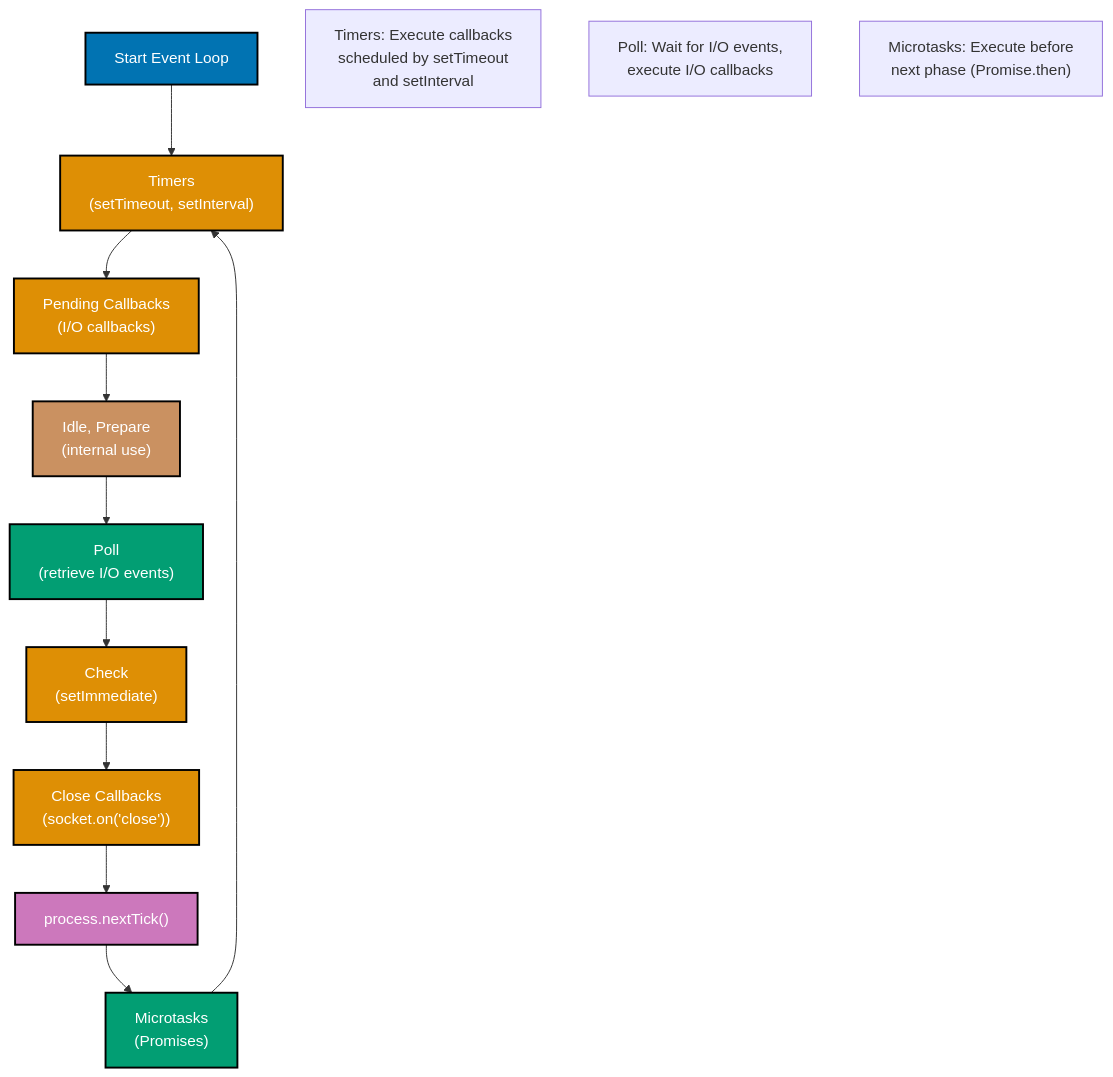
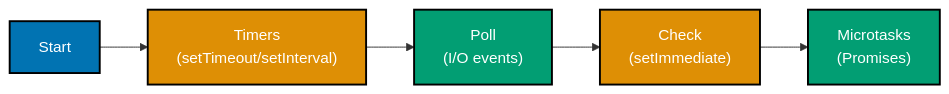
The first of 8 diagrams in docs/explanation/software-engineering/programming-languages/typescript/concurrency-and-parallelism.md (wahidyankf/open-sharia-enterprise), drawn with Mermaid before and after one commit. The commit also changed other lines of this file and 16 other files, not shown here.

First line of the commit message:
fix(docs): fix mermaid violations in typescript docs

````diff
--- a/docs/explanation/software-engineering/programming-languages/typescript/concurrency-and-parallelism.md
+++ b/docs/explanation/software-engineering/programming-languages/typescript/concurrency-and-parallelism.md
@@ -29,23 +29,17 @@
 ```mermaid
 %% Color Palette: Blue #0173B2, Orange #DE8F05, Teal #029E73, Purple #CC78BC, Brown #CA9161
-graph TD
-    Start["Start Event Loop"]:::blue --> Timers["Timers<br/>#40;setTimeout, setInterval#41;"]:::orange
-    Timers --> Pending["Pending Callbacks<br/>#40;I/O callbacks#41;"]:::orange
-    Pending --> Idle["Idle, Prepare<br/>#40;internal use#41;"]:::brown
-    Idle --> Poll["Poll<br/>#40;retrieve I/O events#41;"]:::teal
-    Poll --> Check["Check<br/>#40;setImmediate#41;"]:::orange
-    Check --> Close["Close Callbacks<br/>#40;socket.on#40;'close'#41;#41;"]:::orange
-    Close --> NextTick["process.nextTick#40;#41;"]:::purple
-    NextTick --> Microtasks["Microtasks<br/>#40;Promises#41;"]:::teal
-    Microtasks --> Timers
+graph LR
+    Start["Start"]:::blue
+    Timers["Timers<br/>#40;setTimeout/setInterval#41;"]:::orange
+    Poll["Poll<br/>#40;I/O events#41;"]:::teal
+    Check["Check<br/>#40;setImmediate#41;"]:::orange
+    Microtasks["Microtasks<br/>#40;Promises#41;"]:::teal
 
-    Note1["Timers: Execute callbacks<br/>scheduled by setTimeout<br/>and setInterval"]
-    Note2["Poll: Wait for I/O events,<br/>execute I/O callbacks"]
-    Note3["Microtasks: Execute before<br/>next phase #40;Promise.then#41;"]
+    Start --> Timers --> Poll --> Check --> Microtasks
 
     classDef blue fill:#0173B2,stroke:#000000,color:#FFFFFF,stroke-width:2px
     classDef orange fill:#DE8F05,stroke:#000000,color:#FFFFFF,stroke-width:2px
     classDef teal fill:#029E73,stroke:#000000,color:#FFFFFF,stroke-width:2px
     classDef purple fill:#CC78BC,stroke:#000000,color:#FFFFFF,stroke-width:2px
     classDef brown fill:#CA9161,stroke:#000000,color:#FFFFFF,stroke-width:2px
 ```
````
